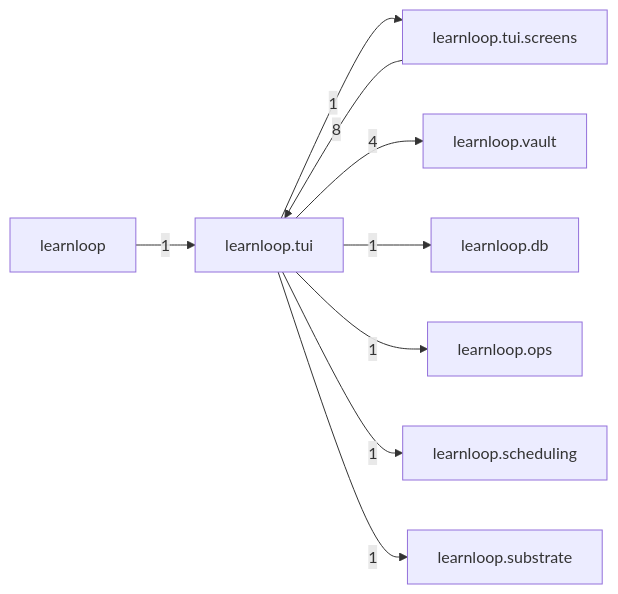
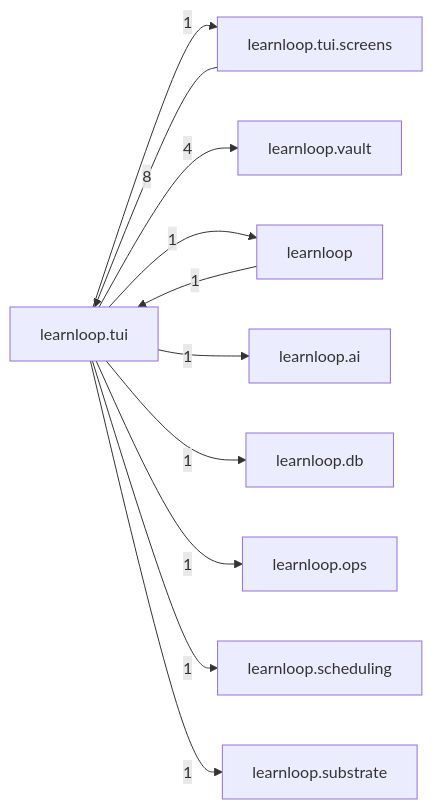
One commit to 6up-b/learnanything changed the diagram in docs/learnloop-architecture-vault/Reference/Modules/learnloop/tui/_package.md. Above: the diagram before and after it, drawn with Mermaid. The commit also changed other lines of this file and 342 other files, not shown here.

````diff
--- a/docs/learnloop-architecture-vault/Reference/Modules/learnloop/tui/_package.md
+++ b/docs/learnloop-architecture-vault/Reference/Modules/learnloop/tui/_package.md
@@ -81,19 +83,22 @@
 ```mermaid
 flowchart LR
     center["learnloop.tui"]
     n_learnloop_tui_screens["learnloop.tui.screens"]
     n_learnloop_vault["learnloop.vault"]
     n_learnloop["learnloop"]
+    n_learnloop_ai["learnloop.ai"]
     n_learnloop_db["learnloop.db"]
     n_learnloop_ops["learnloop.ops"]
     n_learnloop_scheduling["learnloop.scheduling"]
     n_learnloop_substrate["learnloop.substrate"]
     n_learnloop_tui_screens -->|8| center
     center -->|1| n_learnloop_tui_screens
     center -->|4| n_learnloop_vault
     n_learnloop -->|1| center
+    center -->|1| n_learnloop
+    center -->|1| n_learnloop_ai
     center -->|1| n_learnloop_db
     center -->|1| n_learnloop_ops
     center -->|1| n_learnloop_scheduling
     center -->|1| n_learnloop_substrate
 ```
````
